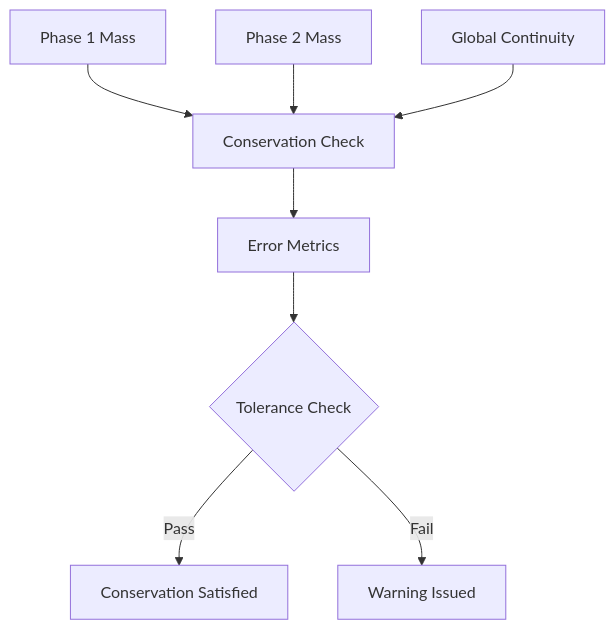
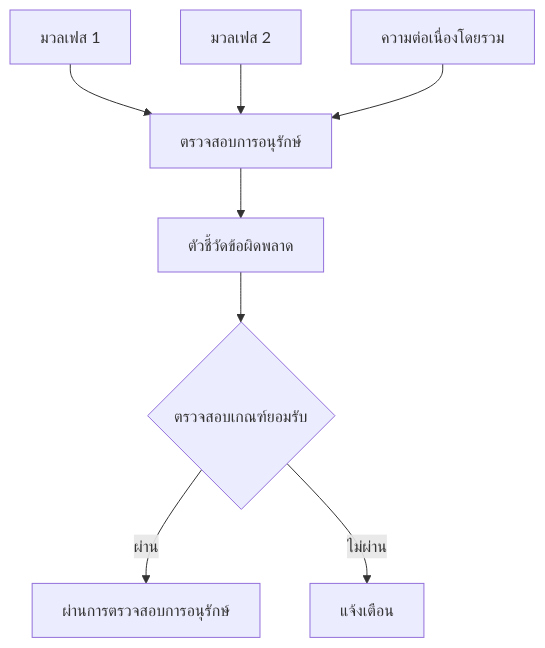
The third of 6 diagrams in MODULE_06_ADVANCED_PHYSICS/CONTENT/02_COUPLED_PHYSICS/05_Validation_and_Benchmarks.md (wramet/build-my-cfd), drawn with Mermaid before and after one commit. The commit also changed other lines of this file and 104 other files, not shown here.

````diff
--- a/MODULE_06_ADVANCED_PHYSICS/CONTENT/02_COUPLED_PHYSICS/05_Validation_and_Benchmarks.md
+++ b/MODULE_06_ADVANCED_PHYSICS/CONTENT/02_COUPLED_PHYSICS/05_Validation_and_Benchmarks.md
@@ -311,10 +311,10 @@
 ```mermaid
 flowchart TD
-    A[Phase 1 Mass] --> B[Conservation Check]
-    C[Phase 2 Mass] --> B
-    D[Global Continuity] --> B
-    B --> E[Error Metrics]
-    E --> F{Tolerance Check}
-    F -->|Pass| G[Conservation Satisfied]
-    F -->|Fail| H[Warning Issued]
+    A[มวลเฟส 1] --> B[ตรวจสอบการอนุรักษ์]
+    C[มวลเฟส 2] --> B
+    D[ความต่อเนื่องโดยรวม] --> B
+    B --> E[ตัวชี้วัดข้อผิดพลาด]
+    E --> F{ตรวจสอบเกณฑ์ยอมรับ}
+    F -->|ผ่าน| G[ผ่านการตรวจสอบการอนุรักษ์]
+    F -->|ไม่ผ่าน| H[แจ้งเตือน]
 ```
````
